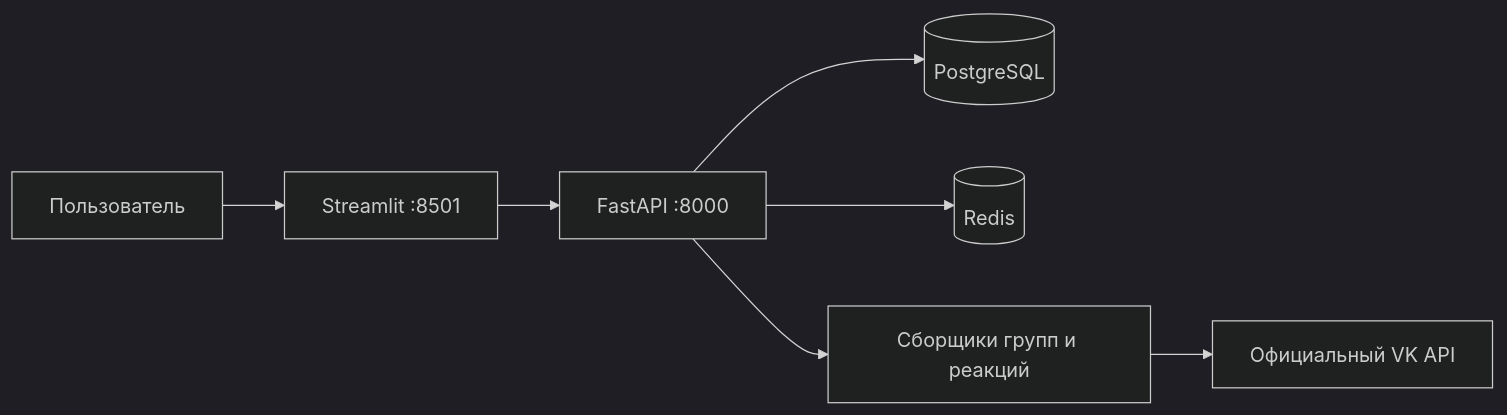
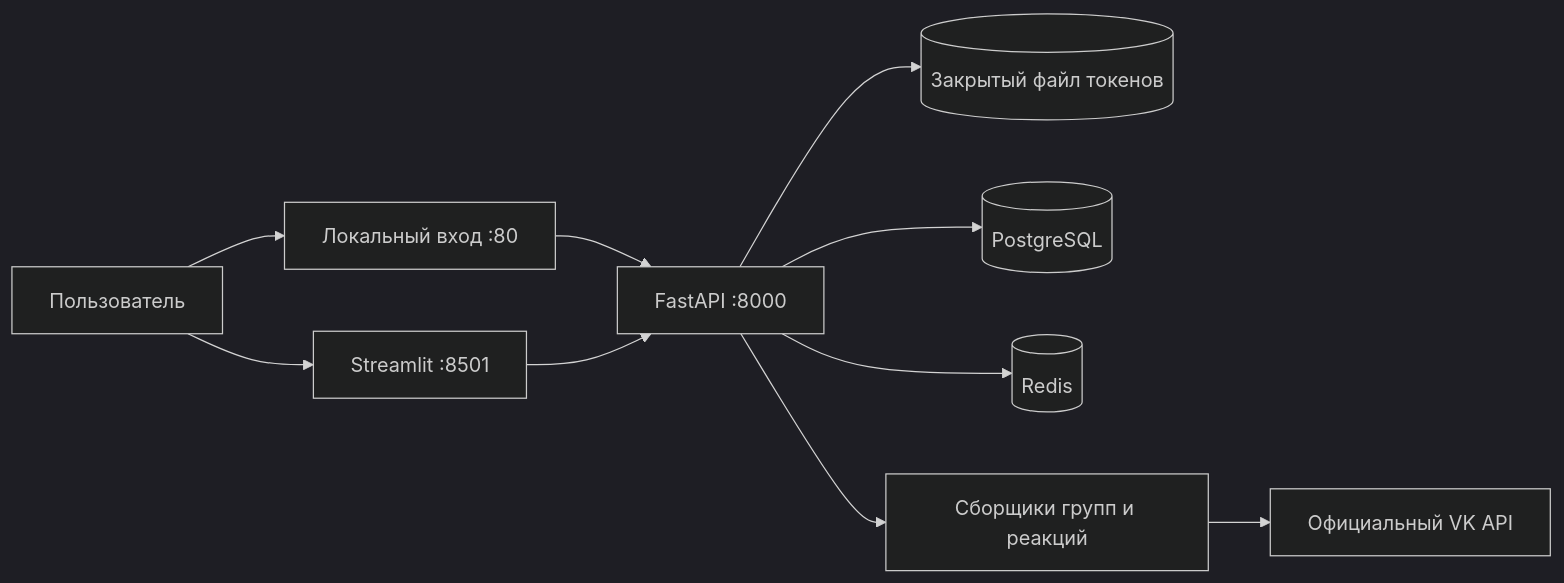
Before and after one commit to esbulgakova/target_audience_dashboard: the diagram in AGENTS.md, drawn with Mermaid (dark theme). The commit also changed other lines of this file and 17 other files, not shown here.

````diff
--- a/AGENTS.md
+++ b/AGENTS.md
@@ -56,9 +56,12 @@
 ```mermaid
 flowchart LR
     Person[Пользователь] --> UI[Streamlit :8501]
+    Person --> Login[Локальный вход :80]
+    Login --> API
+    API --> Tokens[(Закрытый файл токенов)]
     UI --> API[FastAPI :8000]
     API --> DB[(PostgreSQL)]
     API --> Cache[(Redis)]
     API --> Collector[Сборщики групп и реакций]
     Collector --> VK[Официальный VK API]
 ```
````
